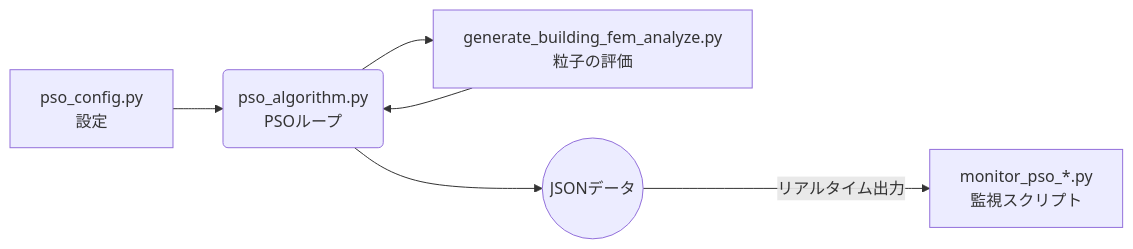
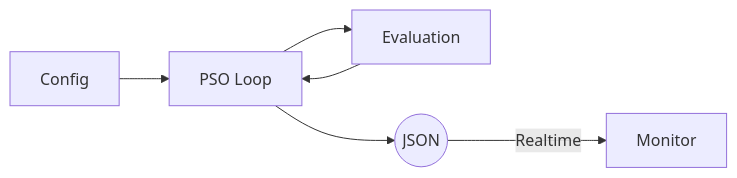
The diagram in docs/PSO_usage.md (jkushida/ai-arch), drawn with Mermaid before and after one commit. The commit also changed other lines of this file and 14 other files, not shown here.

First line of the commit message:
Fix Mermaid/MathJax conflict for Chrome compatibility

````diff
--- a/docs/PSO_usage.md
+++ b/docs/PSO_usage.md
@@ -17,7 +17,8 @@
 ```mermaid
 graph LR
-    A[pso_config.py<br/>設定] --> B(pso_algorithm.py<br/>PSOループ)
-    B --> C[generate_building_fem_analyze.py<br/>粒子の評価]
+    A[Config] --> B[PSO Loop]
+    B --> C[Evaluation]
     C --> B
-    B --> D((JSONデータ)) -- リアルタイム出力 --> E[monitor_pso_*.py<br/>監視スクリプト]
+    B --> D((JSON))
+    D -->|Realtime| E[Monitor]
 ```
````
